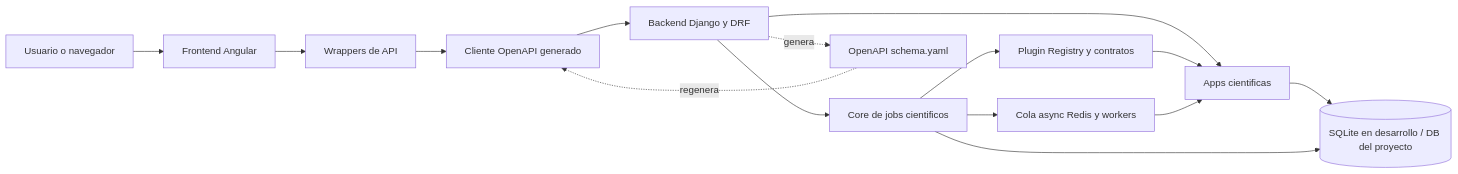
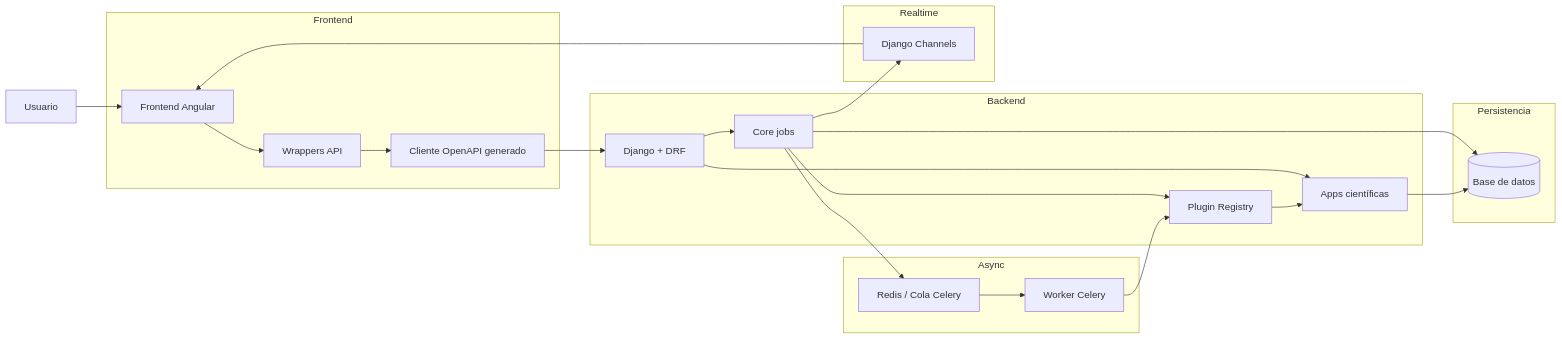
Before and after one commit to chem-gl/chemistry-apps: the first of 5 diagrams in README.md, drawn with Mermaid. The commit also changed other lines of this file and 3 other files, not shown here.

````diff
--- a/README.md
+++ b/README.md
@@ -21,20 +95,34 @@
 ```mermaid
 flowchart LR
-  U[Usuario o navegador] --> F[Frontend Angular]
-  F --> W[Wrappers de API]
-  W --> G[Cliente OpenAPI generado]
-  G --> B[Backend Django y DRF]
+  U[Usuario] --> F[Frontend Angular]
 
-  B --> C[Core de jobs cientificos]
-  B --> A[Apps cientificas]
-  C --> P[Plugin Registry y contratos]
-  P --> A
+  subgraph Frontend
+    F --> W[Wrappers API]
+    W --> GEN[Cliente OpenAPI generado]
+  end
 
-  C --> Q[Cola async Redis y workers]
-  Q --> A
-  A --> D[(SQLite en desarrollo / DB del proyecto)]
-  C --> D
+  GEN --> B
 
-  B -. genera .-> O[OpenAPI schema.yaml]
-  O -. regenera .-> G
+  subgraph Backend
+    B[Django + DRF] --> CORE[Core jobs]
+    B --> APPS[Apps científicas]
+    CORE --> PLUGINS[Plugin Registry]
+    PLUGINS --> APPS
+  end
+
+  subgraph Async
+    CORE --> Q[Redis / Cola Celery]
+    Q --> WK[Worker Celery]
+    WK --> PLUGINS
+  end
+
+  subgraph Persistencia
+    CORE --> DB[(Base de datos)]
+    APPS --> DB
+  end
+
+  subgraph Realtime
+    CORE --> WS[Django Channels]
+    WS --> F
+  end
 ```
````
